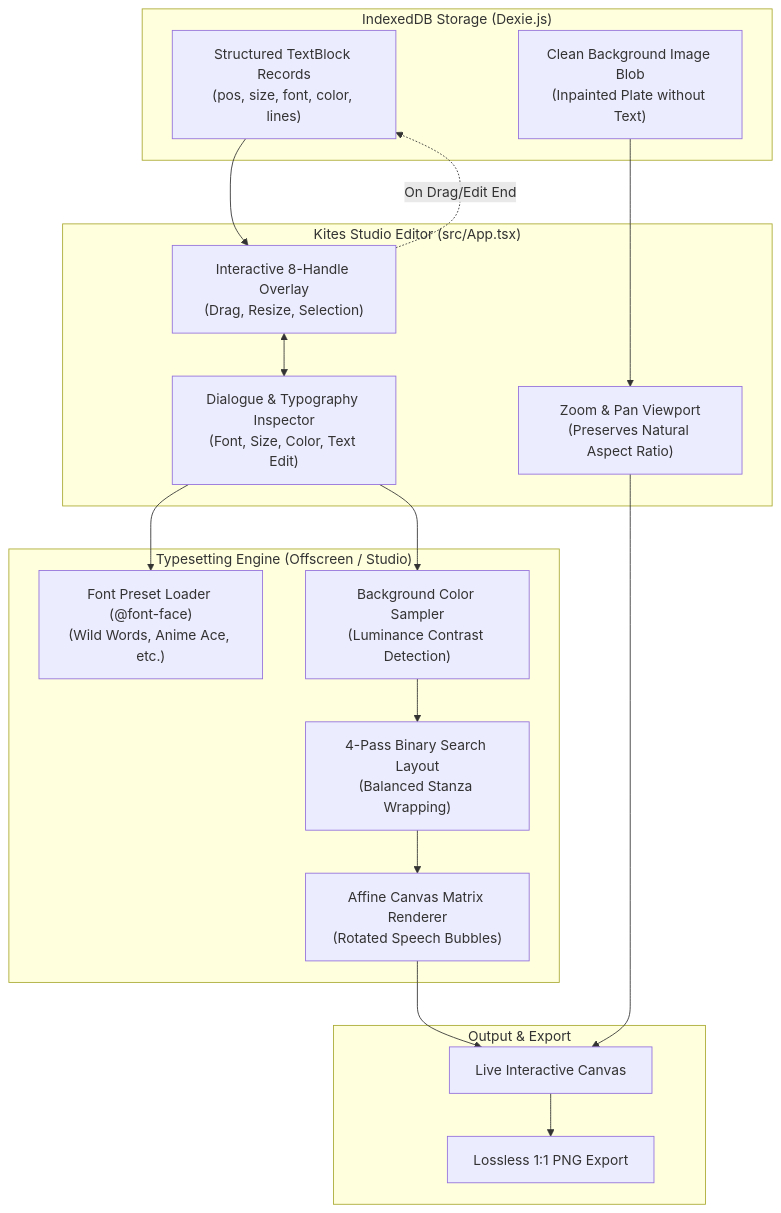
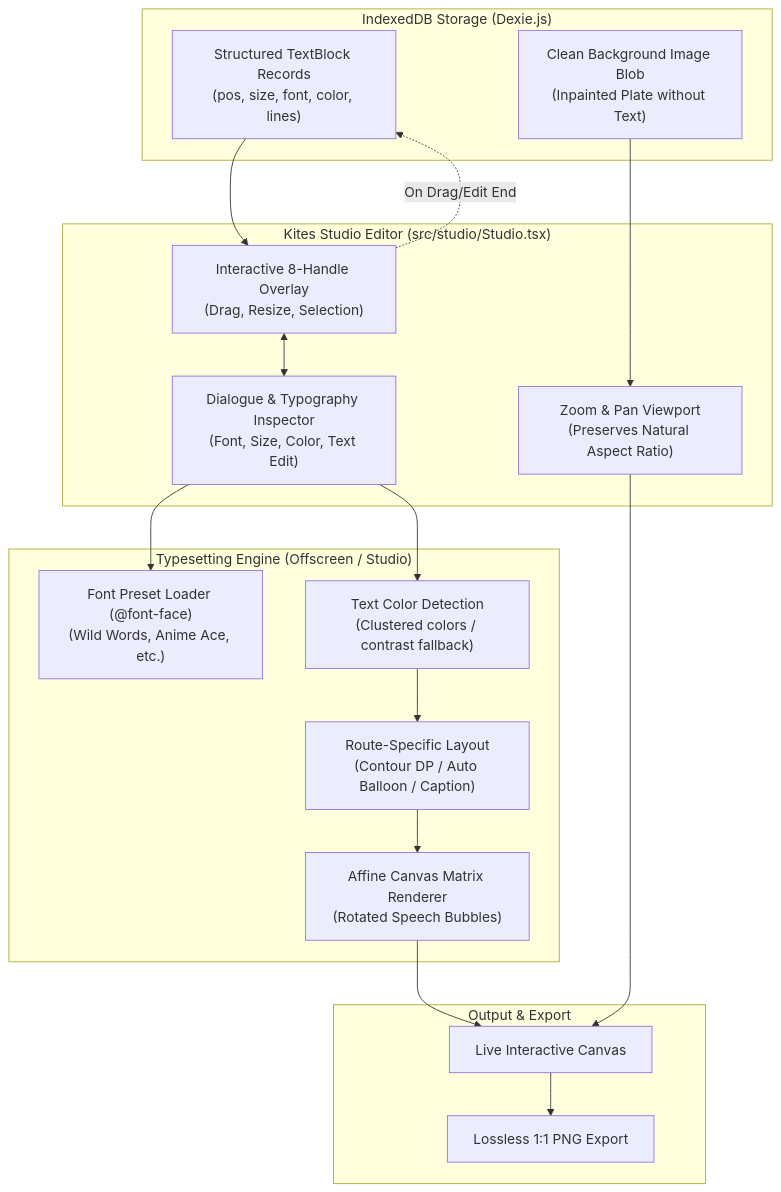
Before and after one commit to Unheat/Kites: the first of 3 diagrams in docs/architecture/studio-and-typesetting.md, drawn with Mermaid. The commit also changed other lines of this file and 28 other files, not shown here.

````diff
--- a/docs/architecture/studio-and-typesetting.md
+++ b/docs/architecture/studio-and-typesetting.md
@@ -9,37 +17,37 @@
 ```mermaid
 flowchart TD
     subgraph Storage["IndexedDB Storage (Dexie.js)"]
         CleanPlate["Clean Background Image Blob<br/>(Inpainted Plate without Text)"]
         TextBlockStore["Structured TextBlock Records<br/>(pos, size, font, color, lines)"]
     end
 
-    subgraph StudioUI["Kites Studio Editor (src/App.tsx)"]
+    subgraph StudioUI["Kites Studio Editor (src/studio/Studio.tsx)"]
         CanvasViewport["Zoom & Pan Viewport<br/>(Preserves Natural Aspect Ratio)"]
         InteractiveBoxes["Interactive 8-Handle Overlay<br/>(Drag, Resize, Selection)"]
         InspectorPanel["Dialogue & Typography Inspector<br/>(Font, Size, Color, Text Edit)"]
     end
 
     subgraph TypesetEngine["Typesetting Engine (Offscreen / Studio)"]
         FontLoader["Font Preset Loader (@font-face)<br/>(Wild Words, Anime Ace, etc.)"]
-        ColorSampler["Background Color Sampler<br/>(Luminance Contrast Detection)"]
-        BinaryLayout["4-Pass Binary Search Layout<br/>(Balanced Stanza Wrapping)"]
+        ColorSampler["Text Color Detection<br/>(Clustered colors / contrast fallback)"]
+        BinaryLayout["Route-Specific Layout<br/>(Contour DP / Auto Balloon / Caption)"]
         AffineRenderer["Affine Canvas Matrix Renderer<br/>(Rotated Speech Bubbles)"]
     end
 
     subgraph Output["Output & Export"]
         LiveCanvas["Live Interactive Canvas"]
         ExportPNG["Lossless 1:1 PNG Export"]
     end
 
     CleanPlate --> CanvasViewport
     TextBlockStore --> InteractiveBoxes
     InteractiveBoxes <--> InspectorPanel
     InspectorPanel --> FontLoader
     InspectorPanel --> ColorSampler
     ColorSampler --> BinaryLayout
     BinaryLayout --> AffineRenderer
     AffineRenderer --> LiveCanvas
     CanvasViewport --> LiveCanvas
     LiveCanvas --> ExportPNG
     InteractiveBoxes -.->|On Drag/Edit End| TextBlockStore
 ```
````
